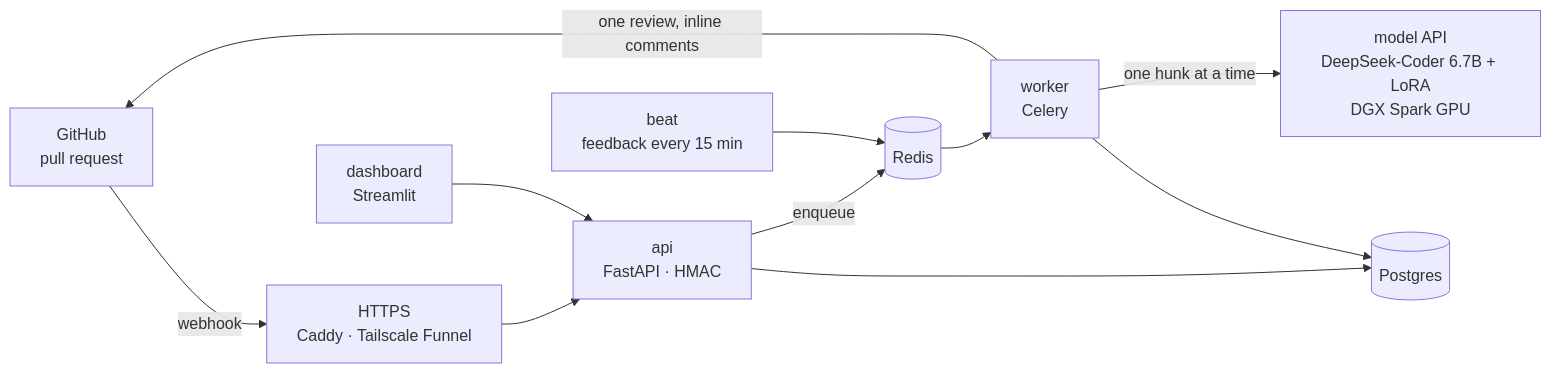
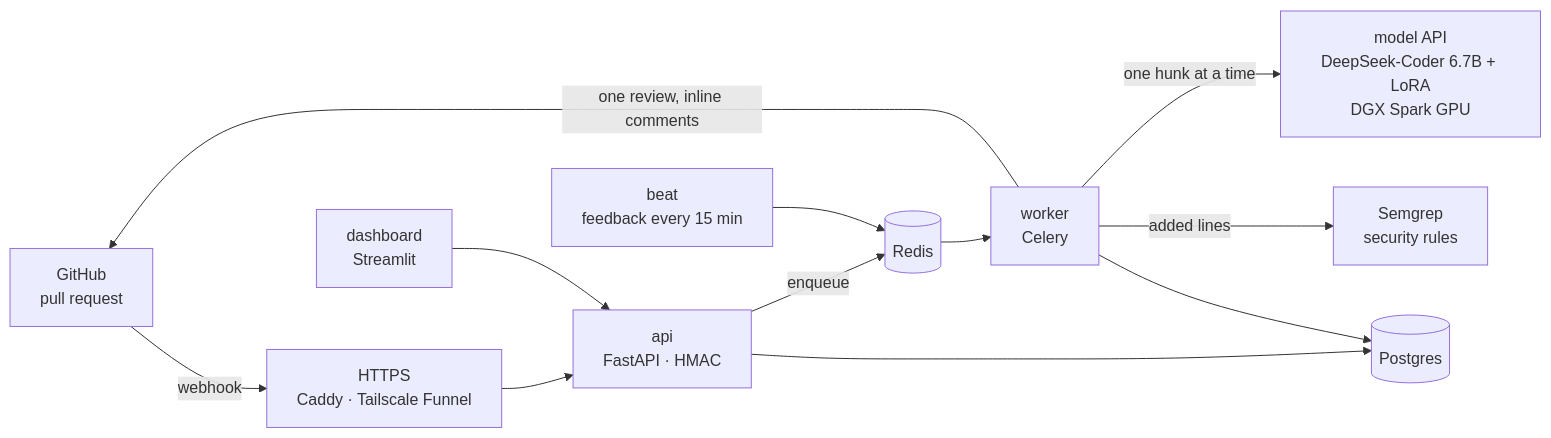
One commit to ChandrashekarHL/smart-pr-analyzer changed the diagram in README.md. Above: the diagram before and after it, drawn with Mermaid. The commit also changed other lines of this file and 4 other files, not shown here.

````diff
--- a/README.md
+++ b/README.md
@@ -81,12 +95,13 @@
 ```mermaid
 flowchart LR
     GH[GitHub<br/>pull request] -- webhook --> EDGE[HTTPS<br/>Caddy · Tailscale Funnel]
     EDGE --> API[api<br/>FastAPI · HMAC]
     API -- enqueue --> Q[(Redis)]
     Q --> W[worker<br/>Celery]
     W -- one hunk at a time --> M[model API<br/>DeepSeek-Coder 6.7B + LoRA<br/>DGX Spark GPU]
+    W -- added lines --> S[Semgrep<br/>security rules]
     W -- one review, inline comments --> GH
     API & W --> DB[(Postgres)]
     D[dashboard<br/>Streamlit] --> API
     B[beat<br/>feedback every 15 min] --> Q
 ```
````
